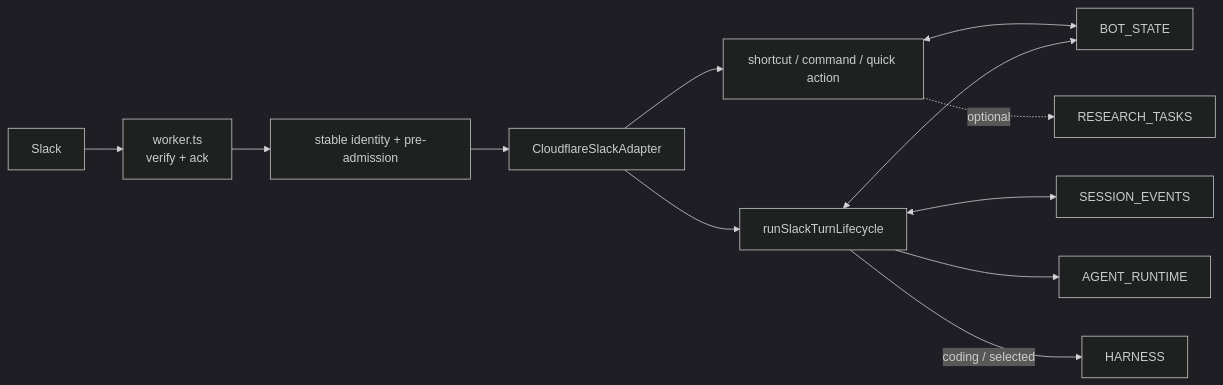
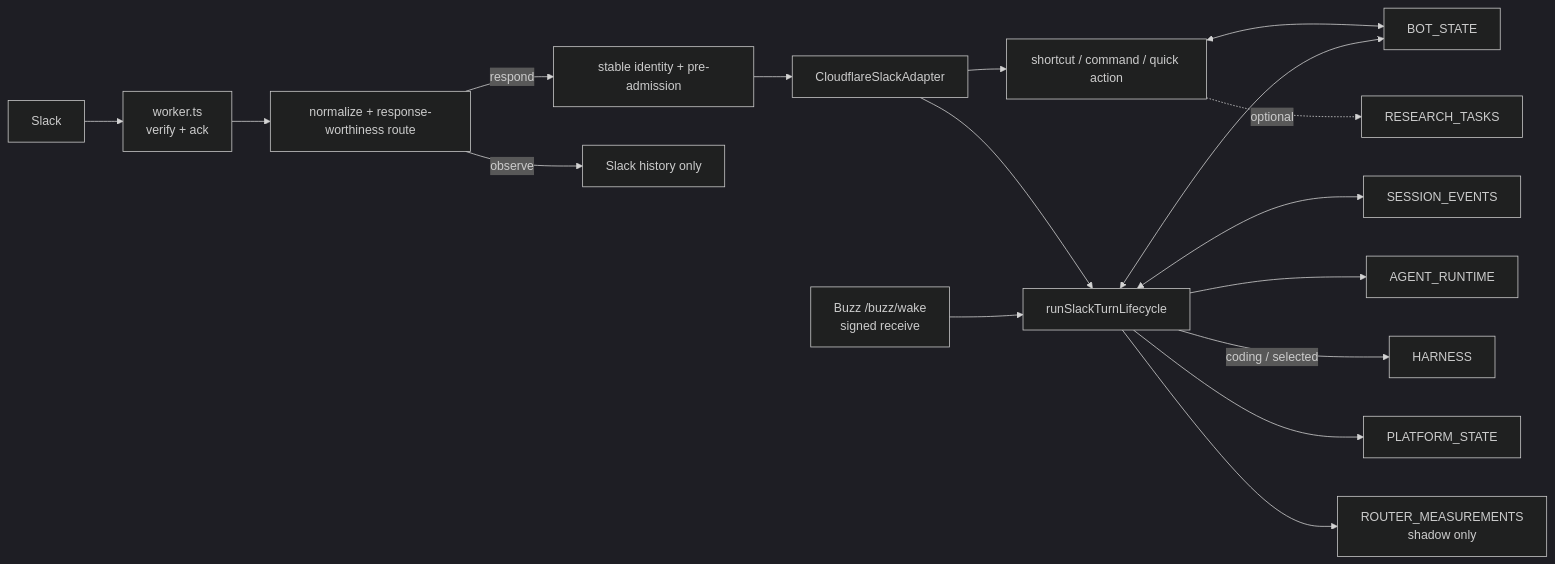
Before and after one commit to wcordelo/opentag: the diagram in edge/README.md, drawn with Mermaid (dark theme). The commit also changed other lines of this file and 50 other files, not shown here.

````diff
--- a/edge/README.md
+++ b/edge/README.md
@@ -54,14 +57,19 @@
 ```mermaid
 flowchart LR
     Slack["Slack"] --> Verify["worker.ts<br/>verify + ack"]
-    Verify --> Pre["stable identity + pre-admission"]
+    Verify --> Route["normalize + response-worthiness route"]
+    Route -->|respond| Pre["stable identity + pre-admission"]
+    Route -->|observe| History["Slack history only"]
     Pre --> Adapter["CloudflareSlackAdapter"]
     Adapter --> Fast["shortcut / command / quick action"]
     Adapter --> Life["runSlackTurnLifecycle"]
     Fast <--> State["BOT_STATE"]
     Life <--> State
     Life <--> Events["SESSION_EVENTS"]
     Life --> Agent["AGENT_RUNTIME"]
     Life -->|"coding / selected"| Harness["HARNESS"]
+    Life --> Platform["PLATFORM_STATE"]
+    Life --> Router["ROUTER_MEASUREMENTS<br/>shadow only"]
+    Buzz["Buzz /buzz/wake<br/>signed receive"] --> Life
     Fast -. optional .-> Research["RESEARCH_TASKS"]
 ```
````
